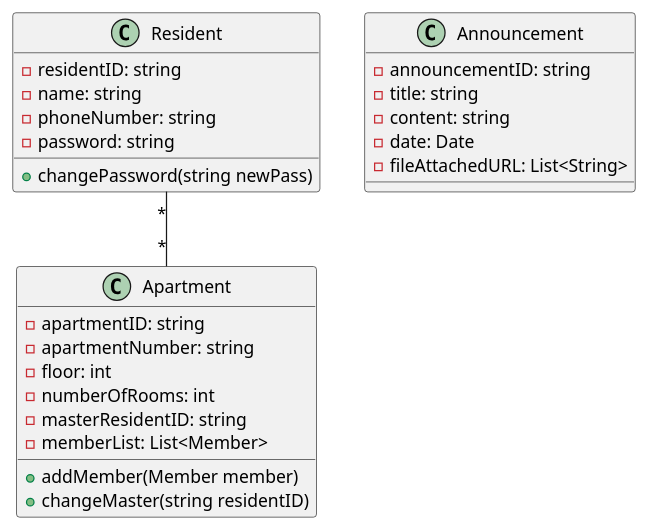
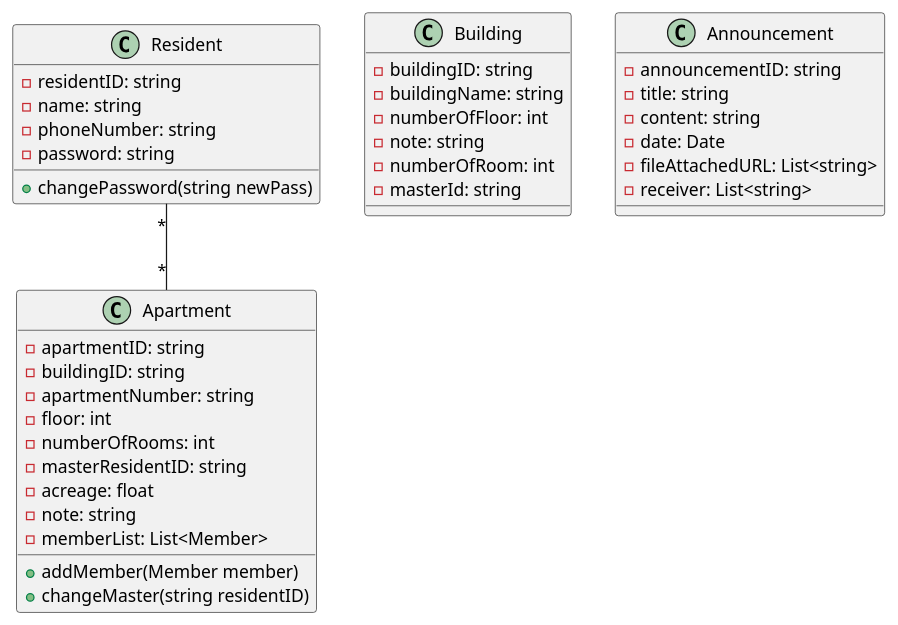
Before and after one commit to QuickyBooster/SE357-Pratice-class: the diagram in Lab1/Lab1.2/Class Diagram/Quản lý cư dân.plantuml, drawn with PlantUML. The commit also changed 4 other files, not shown here.

```diff
--- a/Lab1/Lab1.2/Class Diagram/Quản lý cư dân.plantuml
+++ b/Lab1/Lab1.2/Class Diagram/Quản lý cư dân.plantuml
@@ -1,34 +1,46 @@
 @startuml
 
 
 class "Resident" {
   -residentID: string
   -name: string
   -phoneNumber: string
   -password: string
   +changePassword(string newPass)
 }
 
 class Apartment {
   -apartmentID: string
+  -buildingID: string
   -apartmentNumber: string
   -floor: int
   -numberOfRooms: int
   -masterResidentID: string
+  -acreage: float
+  -note: string
   -memberList: List<Member>
   +addMember(Member member)
   +changeMaster(string residentID)
+}
+class Building{
+  -buildingID: string
+  -buildingName: string
+  -numberOfFloor: int
+  -note: string
+  -numberOfRoom: int
+  -masterId: string
 }
 
 class Announcement {
   -announcementID: string
   -title: string
   -content: string
   -date: Date
-  -fileAttachedURL: List<String>
+  -fileAttachedURL: List<string>
+  -receiver: List<string>
 }
 
 
 Resident "*"--"*" Apartment
 
 @enduml
```
